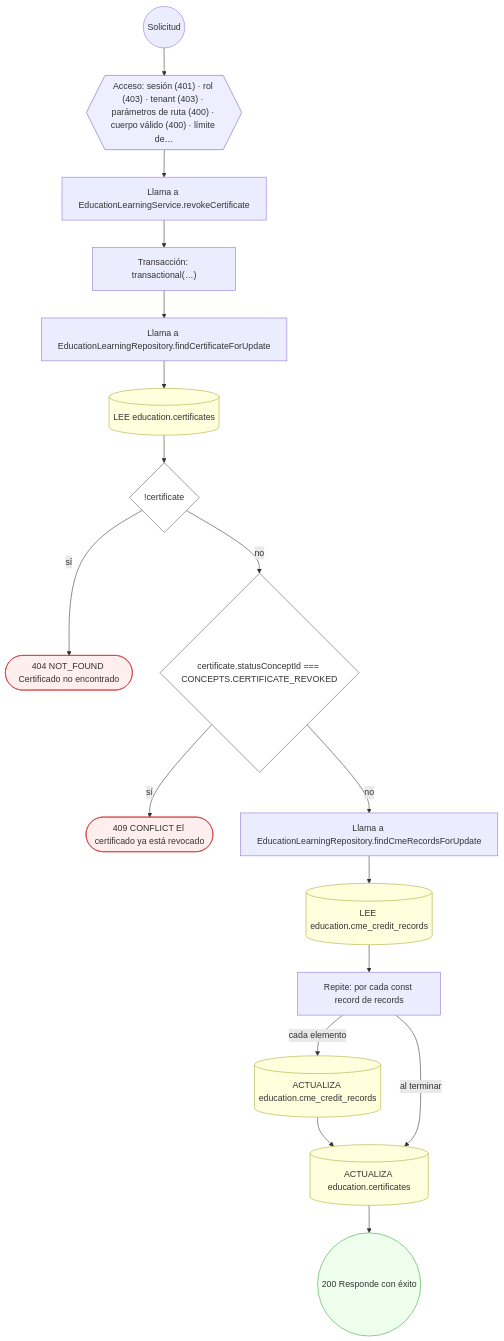
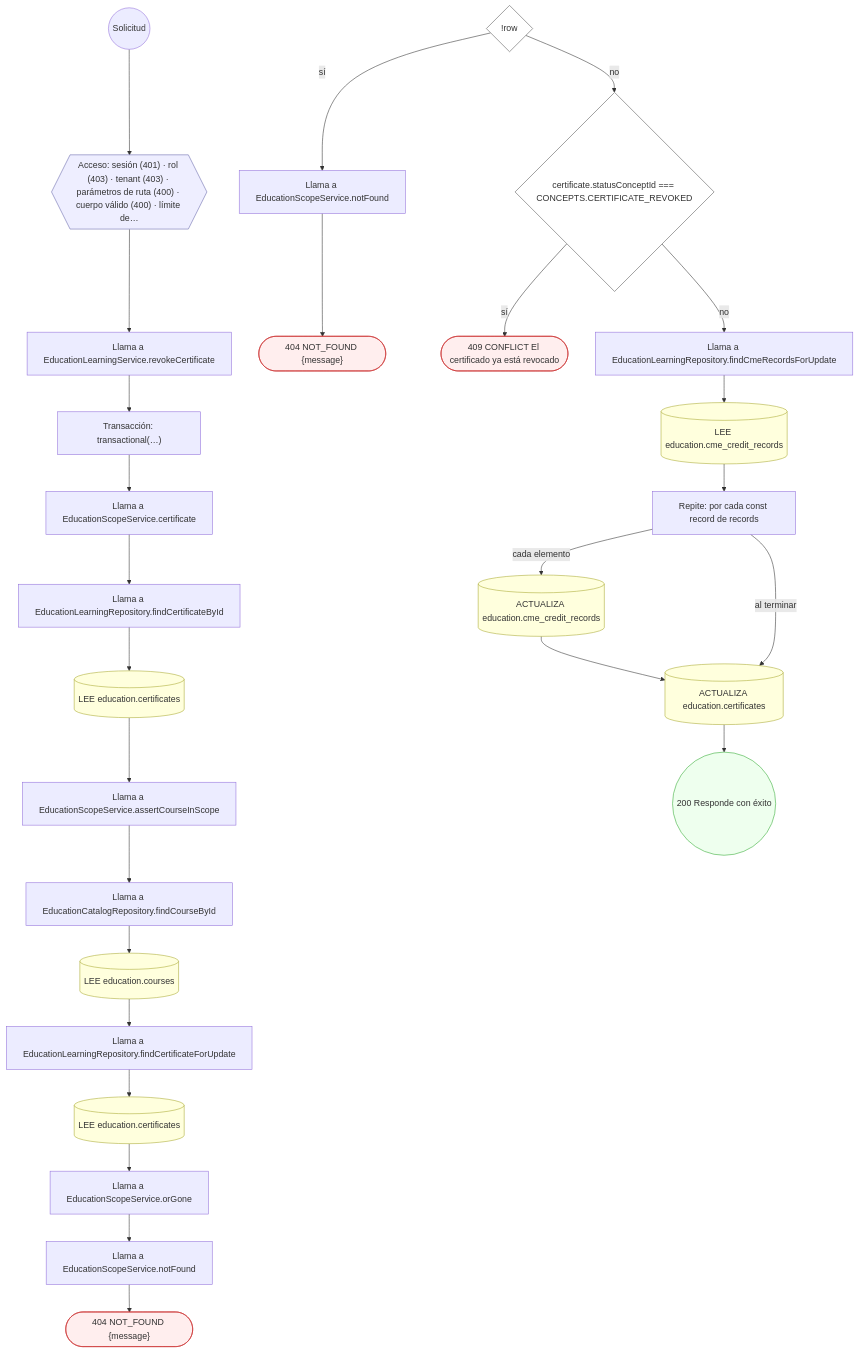
One commit to mdavila-2001/mantra-core-health-api changed the fifth of 15 diagrams in docs/inventario/flujos/education.md. Above: the diagram before and after it, drawn with Mermaid. The commit also changed other lines of this file and 438 other files, not shown here.

````diff
--- a/docs/inventario/flujos/education.md
+++ b/docs/inventario/flujos/education.md
@@ -440,41 +531,60 @@
 ```mermaid
 flowchart TD
   n1(("Solicitud")):::inicio
   n2{{"Acceso: sesión (401) · rol (403) · tenant (403) · parámetros de ruta (400) · cuerpo válido (400) · límite de…"}}:::acceso
   n1 --> n2
   n3["Llama a EducationLearningService.revokeCertificate"]:::llamada
   n2 --> n3
   n4["Transacción: transactional(…)"]:::transaccion
   n3 --> n4
-  n5["Llama a EducationLearningRepository.findCertificateForUpdate"]:::llamada
+  n5["Llama a EducationScopeService.certificate"]:::llamada
   n4 --> n5
-  n6[("LEE education.certificates")]:::efecto
+  n6["Llama a EducationLearningRepository.findCertificateById"]:::llamada
   n5 --> n6
-  n7{"!certificate"}:::decision
+  n7[("LEE education.certificates")]:::efecto
   n6 --> n7
-  n8(["404 NOT_FOUND Certificado no encontrado"]):::error
-  n7 -->|"sí"| n8
-  n9{"certificate.statusConceptId === CONCEPTS.CERTIFICATE_REVOKED"}:::decision
-  n7 -->|"no"| n9
-  n10(["409 CONFLICT El certificado ya está revocado"]):::error
-  n9 -->|"sí"| n10
-  n11["Llama a EducationLearningRepository.findCmeRecordsForUpdate"]:::llamada
-  n9 -->|"no"| n11
-  n12[("LEE education.cme_credit_records")]:::efecto
+  n8["Llama a EducationScopeService.assertCourseInScope"]:::llamada
+  n7 --> n8
+  n9["Llama a EducationCatalogRepository.findCourseById"]:::llamada
+  n8 --> n9
+  n10[("LEE education.courses")]:::efecto
+  n9 --> n10
+  n11["Llama a EducationLearningRepository.findCertificateForUpdate"]:::llamada
+  n10 --> n11
+  n12[("LEE education.certificates")]:::efecto
   n11 --> n12
-  n13["Repite: por cada const record de records"]:::bucle
+  n13["Llama a EducationScopeService.orGone"]:::llamada
   n12 --> n13
-  n14[("ACTUALIZA education.cme_credit_records")]:::efecto
-  n13 -->|"cada elemento"| n14
-  n15[("ACTUALIZA education.certificates")]:::efecto
+  n14["Llama a EducationScopeService.notFound"]:::llamada
+  n13 --> n14
+  n15(["404 NOT_FOUND {message}"]):::error
   n14 --> n15
-  n13 -->|"al terminar"| n15
-  n16(("200 Responde con éxito")):::ok
-  n15 --> n16
+  n16{"!row"}:::decision
+  n17["Llama a EducationScopeService.notFound"]:::llamada
+  n16 -->|"sí"| n17
+  n18(["404 NOT_FOUND {message}"]):::error
+  n17 --> n18
+  n19{"certificate.statusConceptId === CONCEPTS.CERTIFICATE_REVOKED"}:::decision
+  n16 -->|"no"| n19
+  n20(["409 CONFLICT El certificado ya está revocado"]):::error
+  n19 -->|"sí"| n20
+  n21["Llama a EducationLearningRepository.findCmeRecordsForUpdate"]:::llamada
+  n19 -->|"no"| n21
+  n22[("LEE education.cme_credit_records")]:::efecto
+  n21 --> n22
+  n23["Repite: por cada const record de records"]:::bucle
+  n22 --> n23
+  n24[("ACTUALIZA education.cme_credit_records")]:::efecto
+  n23 -->|"cada elemento"| n24
+  n25[("ACTUALIZA education.certificates")]:::efecto
+  n24 --> n25
+  n23 -->|"al terminar"| n25
+  n26(("200 Responde con éxito")):::ok
+  n25 --> n26
   classDef acceso fill:#eef,stroke:#66a
   classDef error fill:#fee,stroke:#c33
   classDef ok fill:#efe,stroke:#3a3
   classDef efecto fill:#ffd,stroke:#aa3
   classDef decision fill:#fff,stroke:#555
   classDef corte fill:#eee,stroke:#999,stroke-dasharray: 4
 ```
````
